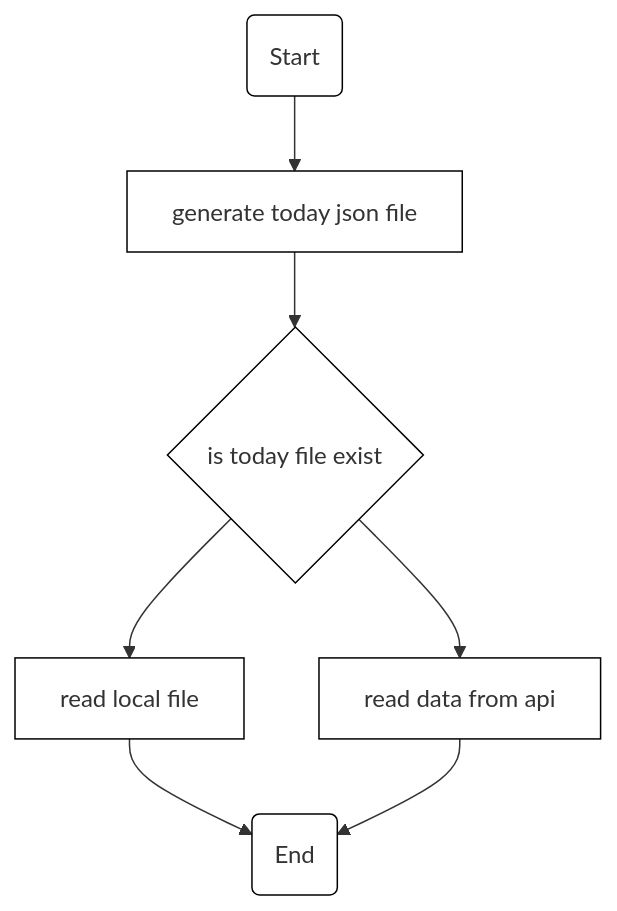
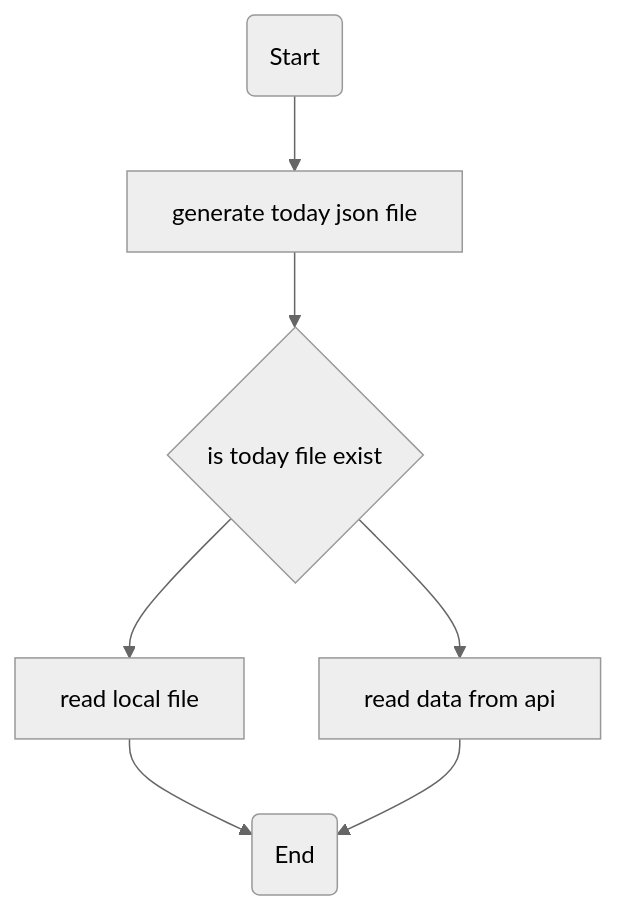
The diagram in docs/python/today_in_history.md (idlewith/blog), drawn with Mermaid before and after one commit. The commit also changed 2 other files, not shown here.

Commit message:
fix: add default theme

````diff
--- a/docs/python/today_in_history.md
+++ b/docs/python/today_in_history.md
@@ -3,11 +3,10 @@
 ```mermaid
+%%{init: {'theme':'neutral'}}%%
 graph TD
-
-    A(Start) --> B[generate today json file]
-    B --> C{is today file exist}
-    C --> D[read local file]
-    C --> E[read data from api]
-    D --> F(End)
-    E --> F
-classDef default fill:#fff,stroke:#000
+A(Start) --> B[generate today json file]
+B --> C{is today file exist}
+C --> D[read local file]
+C --> E[read data from api]
+D --> F(End)
+E --> F
 ```
````
